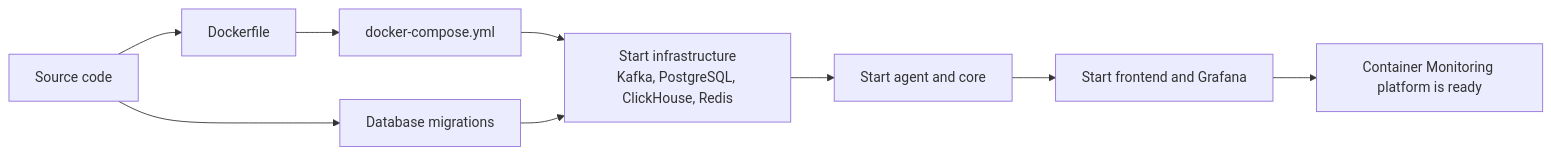
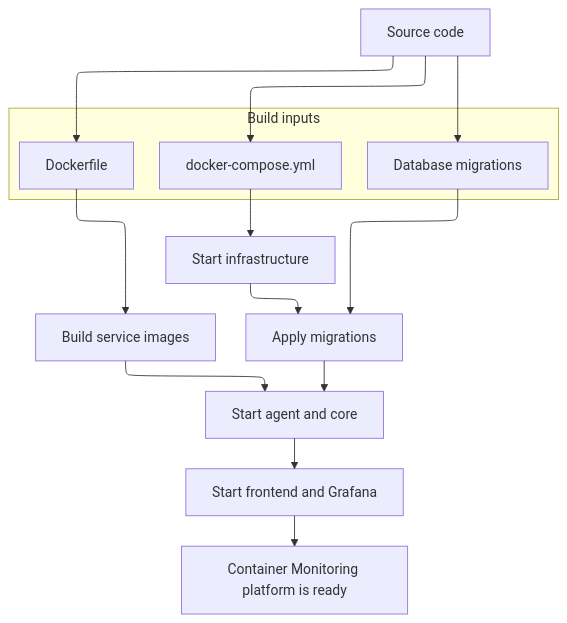
One commit to MTXIK/container-monitoring changed diagram 24 of 24 in docs/uml-diagrams.md. Above: the diagram before and after it, drawn with Mermaid. The commit also changed other lines of this file, not shown here.

Commit message:
update diagrams

````diff
--- a/docs/uml-diagrams.md
+++ b/docs/uml-diagrams.md
@@ -791,20 +870,30 @@
 ```mermaid
-flowchart LR
+%%{init: {"flowchart": {"defaultRenderer": "elk"}} }%%
+flowchart TB
     Source["Source code"]
-    Dockerfile["Dockerfile"]
-    Compose["docker-compose.yml"]
-    Migrations["Database migrations"]
-    Infra["Start infrastructure\nKafka, PostgreSQL, ClickHouse, Redis"]
+
+    subgraph BuildInputs["Build inputs"]
+        direction LR
+        Dockerfile["Dockerfile"]
+        Compose["docker-compose.yml"]
+        Migrations["Database migrations"]
+    end
+
+    Build["Build service images"]
+    Infra["Start infrastructure"]
+    ApplyMigrations["Apply migrations"]
     Services["Start agent and core"]
     UI["Start frontend and Grafana"]
     Ready["Container Monitoring platform is ready"]
 
     Source --> Dockerfile
-    Dockerfile --> Compose
+    Source --> Compose
     Source --> Migrations
+    Dockerfile --> Build
     Compose --> Infra
-    Migrations --> Infra
-    Infra --> Services
+    Migrations --> ApplyMigrations
+    Build --> Services
+    Infra --> ApplyMigrations --> Services
     Services --> UI
     UI --> Ready
 ```
````
